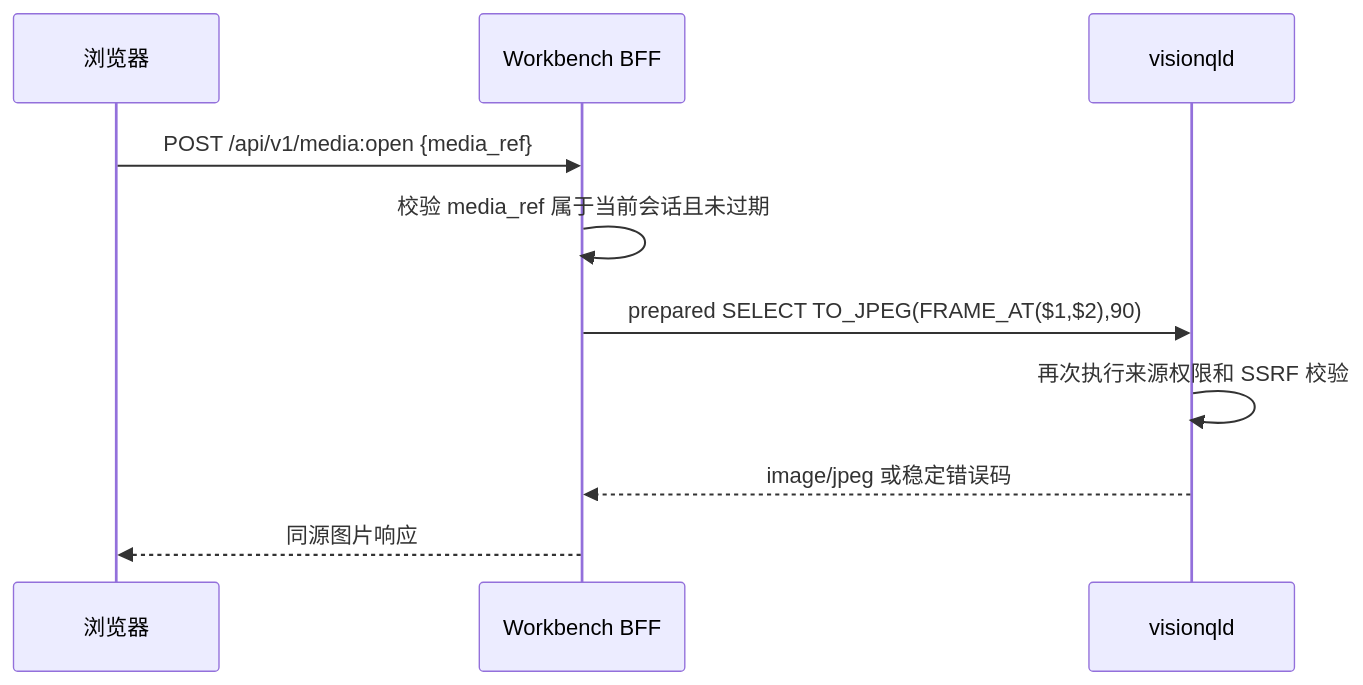
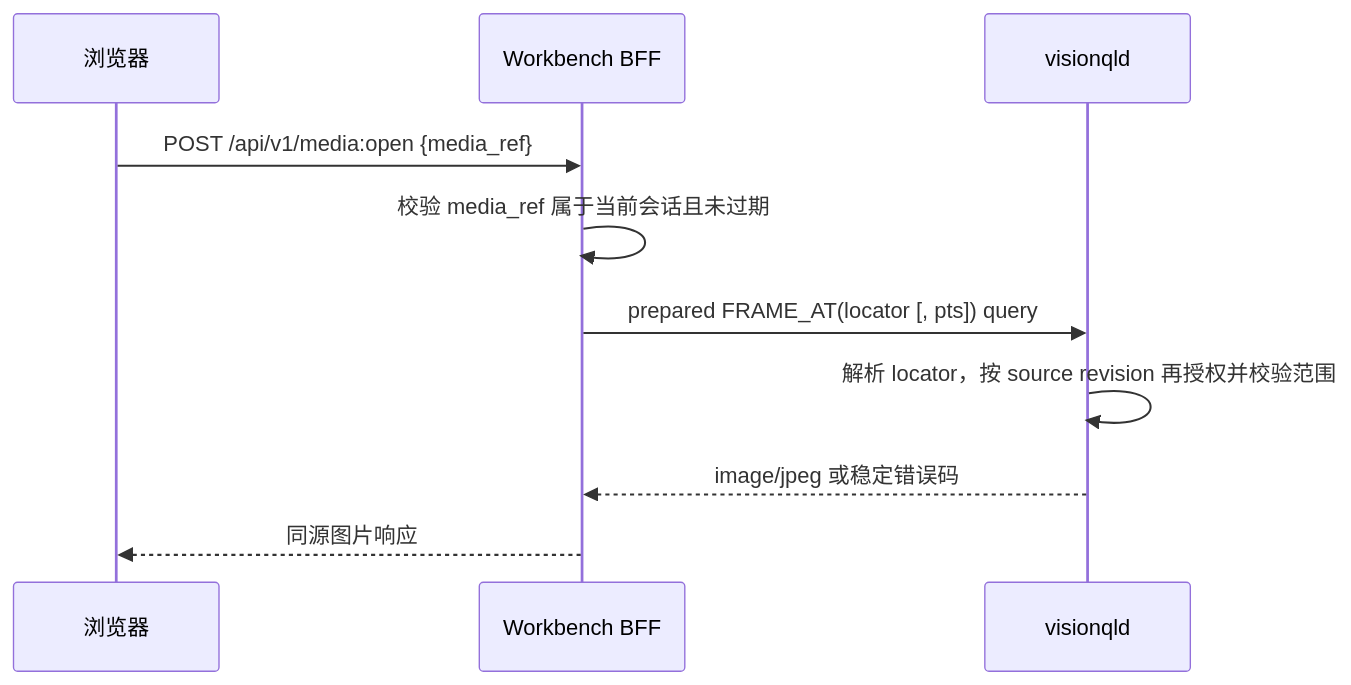
The second of 2 diagrams in docs/workbench.md (zhenlohuang/visionql), drawn with Mermaid before and after one commit. The commit also changed other lines of this file and 3 other files, not shown here.

````diff
--- a/docs/workbench.md
+++ b/docs/workbench.md
@@ -254,13 +268,13 @@
 ```mermaid
 sequenceDiagram
     participant U as 浏览器
     participant W as Workbench BFF
     participant V as visionqld
 
     U->>W: POST /api/v1/media:open {media_ref}
     W->>W: 校验 media_ref 属于当前会话且未过期
-    W->>V: prepared SELECT TO_JPEG(FRAME_AT($1,$2),90)
-    V->>V: 再次执行来源权限和 SSRF 校验
+    W->>V: prepared FRAME_AT(locator [, pts]) query
+    V->>V: 解析 locator，按 source revision 再授权并校验范围
     V-->>W: image/jpeg 或稳定错误码
     W-->>U: 同源图片响应
 ```
````
